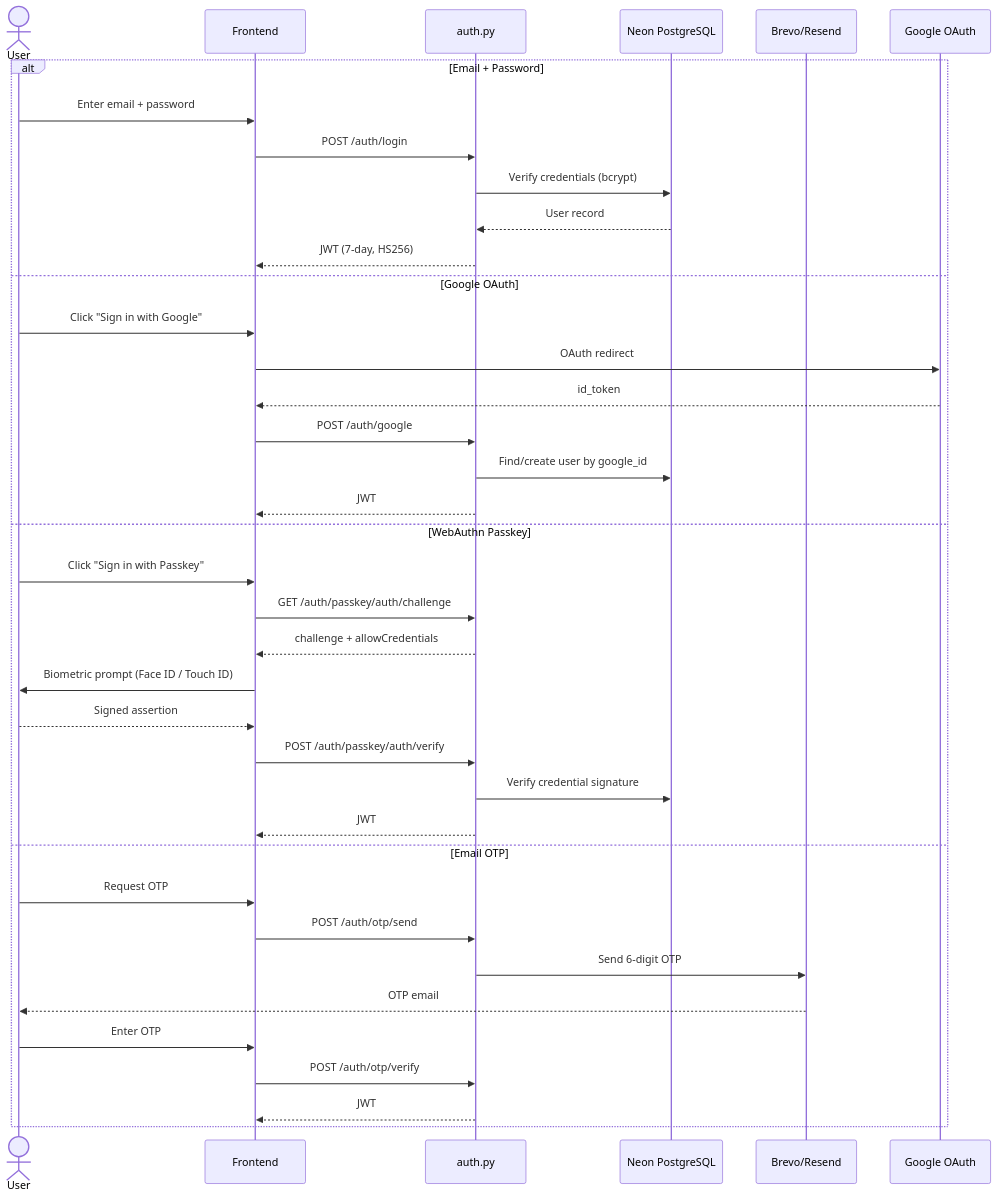
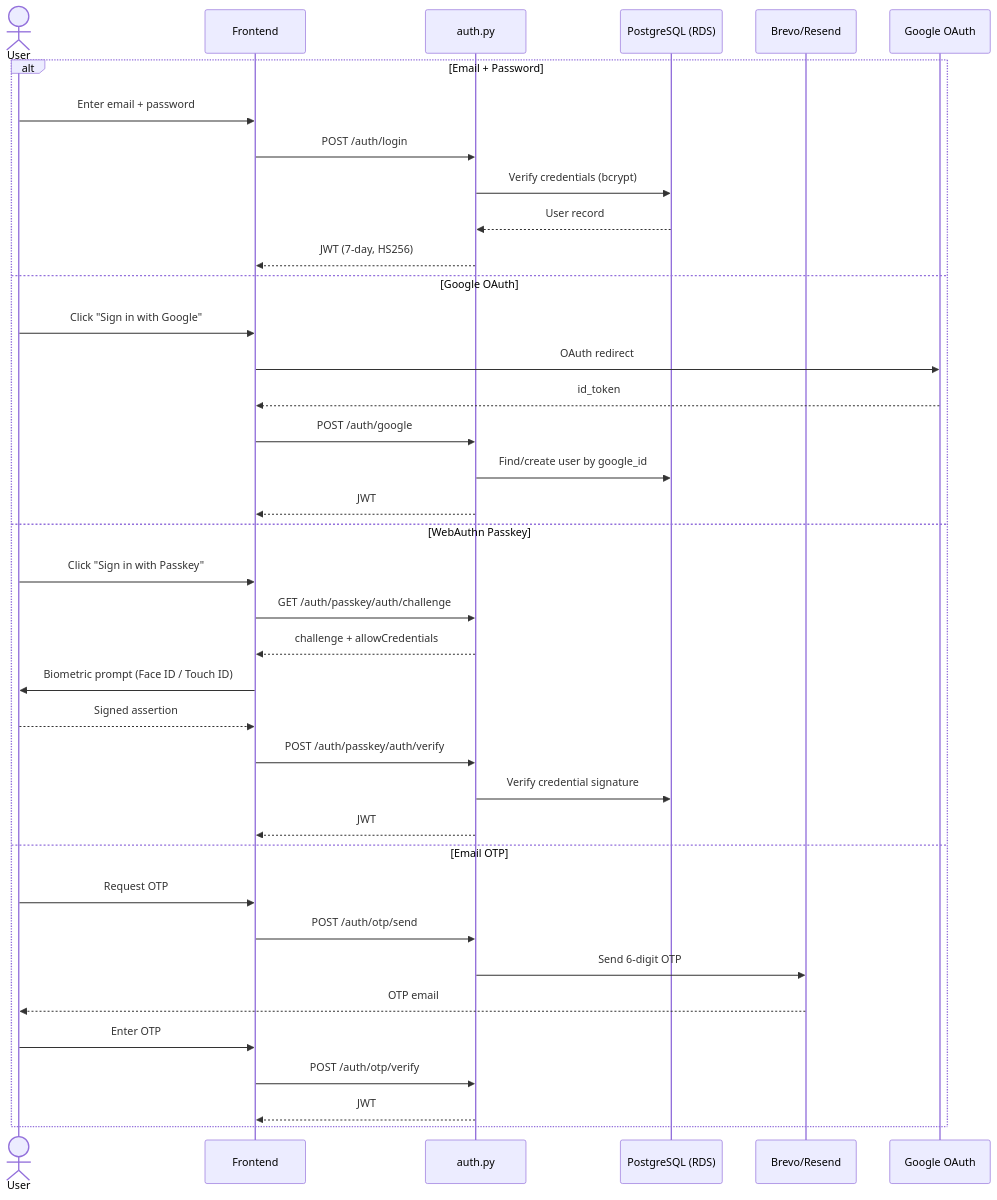
One commit to YashJoshi2109/QuantTrade-AI changed the sixth of 12 diagrams in README.md. Above: the diagram before and after it, drawn with Mermaid. The commit also changed other lines of this file and 175 other files, not shown here.

````diff
--- a/README.md
+++ b/README.md
@@ -551,41 +551,41 @@
 ```mermaid
 sequenceDiagram
     actor User
     participant FE as Frontend
     participant BE as auth.py
-    participant DB as Neon PostgreSQL
+    participant DB as PostgreSQL (RDS)
     participant Email as Brevo/Resend
     participant Google as Google OAuth
 
     alt Email + Password
         User->>FE: Enter email + password
         FE->>BE: POST /auth/login
         BE->>DB: Verify credentials (bcrypt)
         DB-->>BE: User record
         BE-->>FE: JWT (7-day, HS256)
     else Google OAuth
         User->>FE: Click "Sign in with Google"
         FE->>Google: OAuth redirect
         Google-->>FE: id_token
         FE->>BE: POST /auth/google
         BE->>DB: Find/create user by google_id
         BE-->>FE: JWT
     else WebAuthn Passkey
         User->>FE: Click "Sign in with Passkey"
         FE->>BE: GET /auth/passkey/auth/challenge
         BE-->>FE: challenge + allowCredentials
         FE->>User: Biometric prompt (Face ID / Touch ID)
         User-->>FE: Signed assertion
         FE->>BE: POST /auth/passkey/auth/verify
         BE->>DB: Verify credential signature
         BE-->>FE: JWT
     else Email OTP
         User->>FE: Request OTP
         FE->>BE: POST /auth/otp/send
         BE->>Email: Send 6-digit OTP
         Email-->>User: OTP email
         User->>FE: Enter OTP
         FE->>BE: POST /auth/otp/verify
         BE-->>FE: JWT
     end
 ```
````
